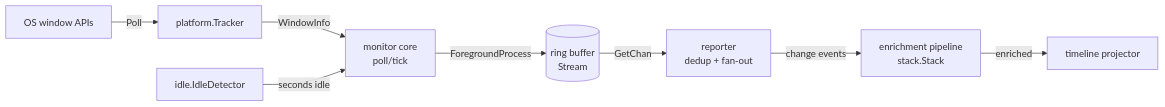
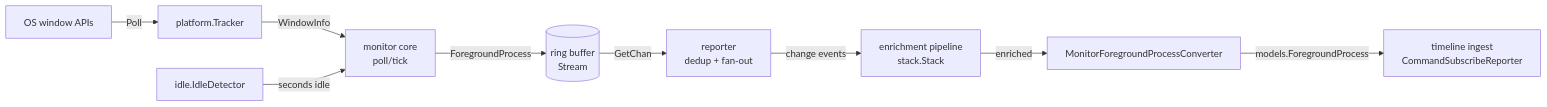
The diagram in sidecar/monitor/README.md (skulpturenz/timeboxxing), drawn with Mermaid before and after one commit. The commit also changed other lines of this file and 2 other files, not shown here.

Commit message:
docs: update existing docs and add new ones for timeline

````diff
--- a/sidecar/monitor/README.md
+++ b/sidecar/monitor/README.md
@@ -14,10 +14,11 @@
 ```mermaid
 flowchart LR
     OS[OS window APIs] -->|Poll| T[platform.Tracker]
     T -->|WindowInfo| C[monitor core<br/>poll/tick]
     I[idle.IdleDetector] -->|seconds idle| C
     C -->|ForegroundProcess| RB[(ring buffer<br/>Stream)]
     RB -->|GetChan| R[reporter<br/>dedup + fan-out]
     R -->|change events| E[enrichment pipeline<br/>stack.Stack]
-    E -->|enriched| P[timeline projector]
+    E -->|enriched| CV[MonitorForegroundProcessConverter]
+    CV -->|models.ForegroundProcess| P[timeline ingest<br/>CommandSubscribeReporter]
 ```
````
